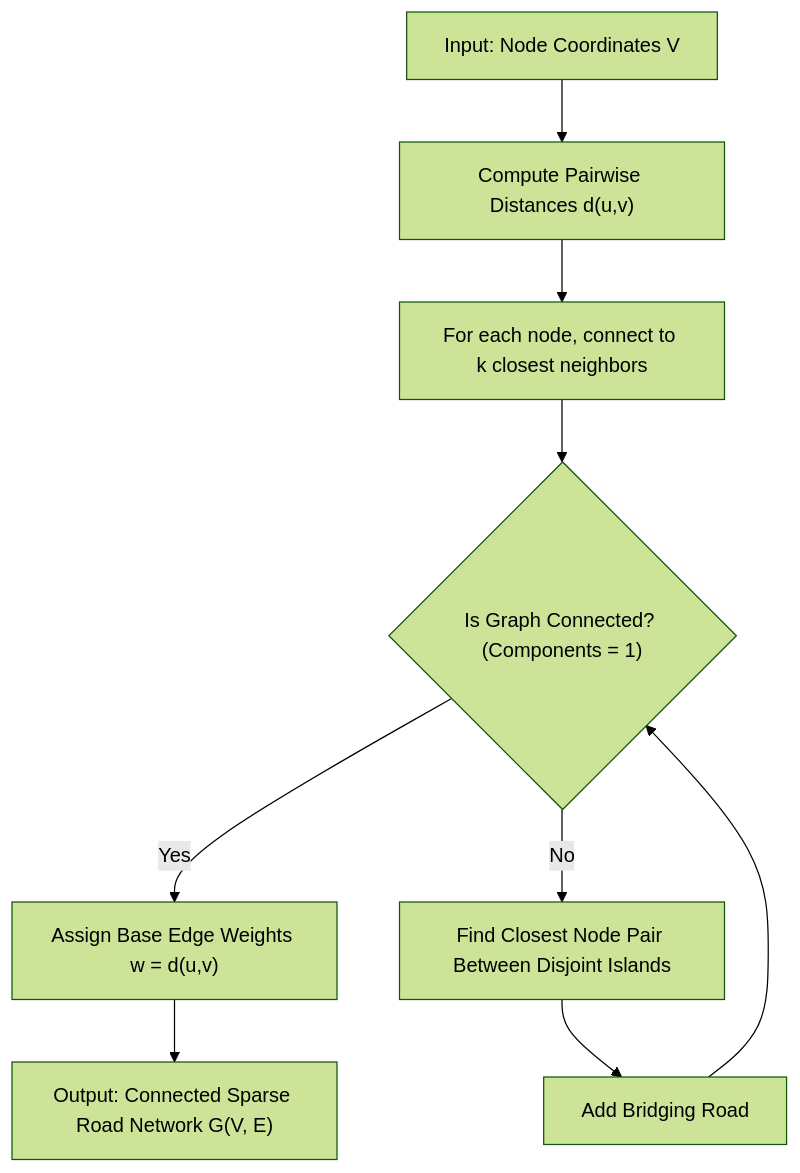
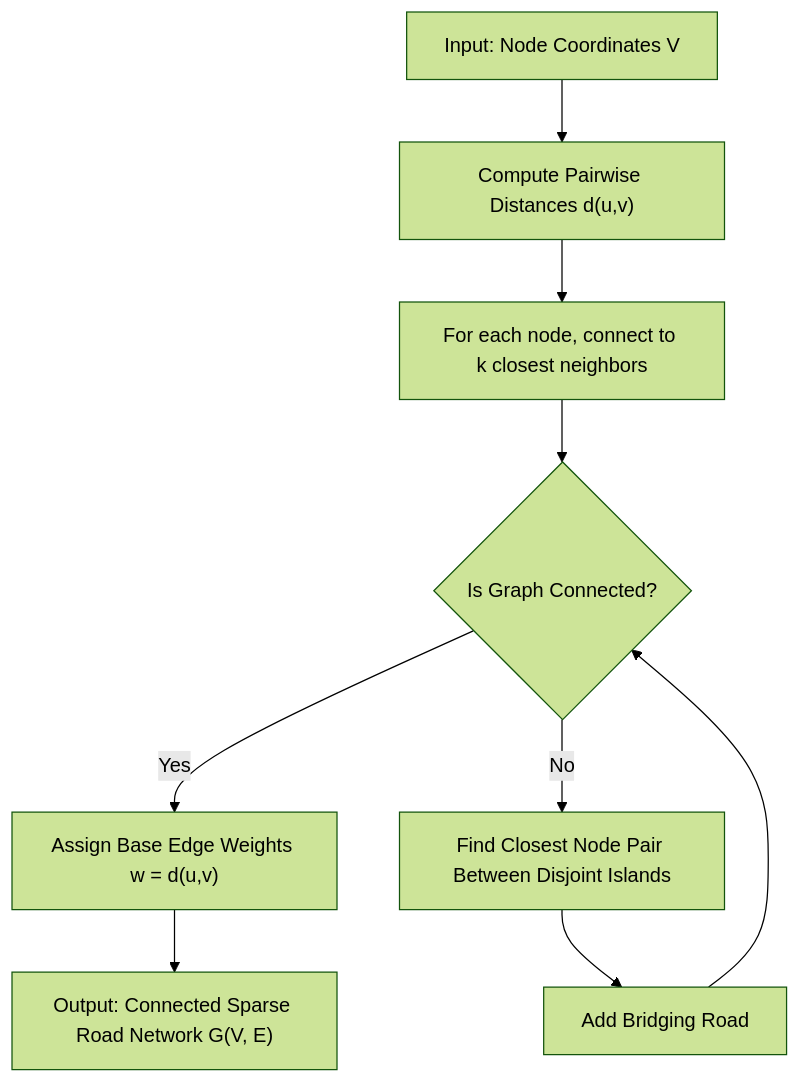
The diagram in docs/algorithms/01_knn_graph.md (Santhosh-p653/egreen-quanta), drawn with Mermaid (forest theme) before and after one commit. The commit also changed 48 other files, not shown here.

````diff
--- a/docs/algorithms/01_knn_graph.md
+++ b/docs/algorithms/01_knn_graph.md
@@ -55,11 +55,11 @@
 ```mermaid
 flowchart TD
     A["Input: Node Coordinates V"] --> B["Compute Pairwise Distances d(u,v)"]
     B --> C["For each node, connect to k closest neighbors"]
-    C --> D{"Is Graph Connected? (Components = 1)"}
+    C --> D{"Is Graph Connected?"}
     D -- Yes --> F["Assign Base Edge Weights w = d(u,v)"]
     D -- No --> E["Find Closest Node Pair Between Disjoint Islands"]
     E --> G["Add Bridging Road"]
     G --> D
     F --> H["Output: Connected Sparse Road Network G(V, E)"]
 ```
````
